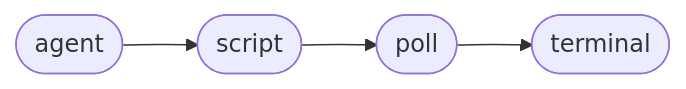
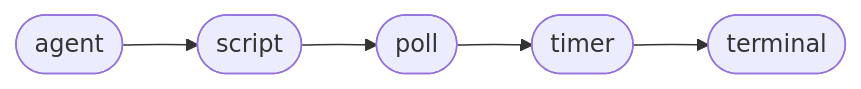
The first of 3 diagrams in README.md (dzhng/duet-agent), drawn with Mermaid before and after one commit. The commit also changed other lines of this file, not shown here.

````diff
--- a/README.md
+++ b/README.md
@@ -82,4 +83,4 @@
 ```mermaid
 flowchart LR
-  A([agent]) --> S([script]) --> P([poll]) --> T([terminal])
+  A([agent]) --> S([script]) --> P([poll]) --> Tm([timer]) --> T([terminal])
 ```
````
